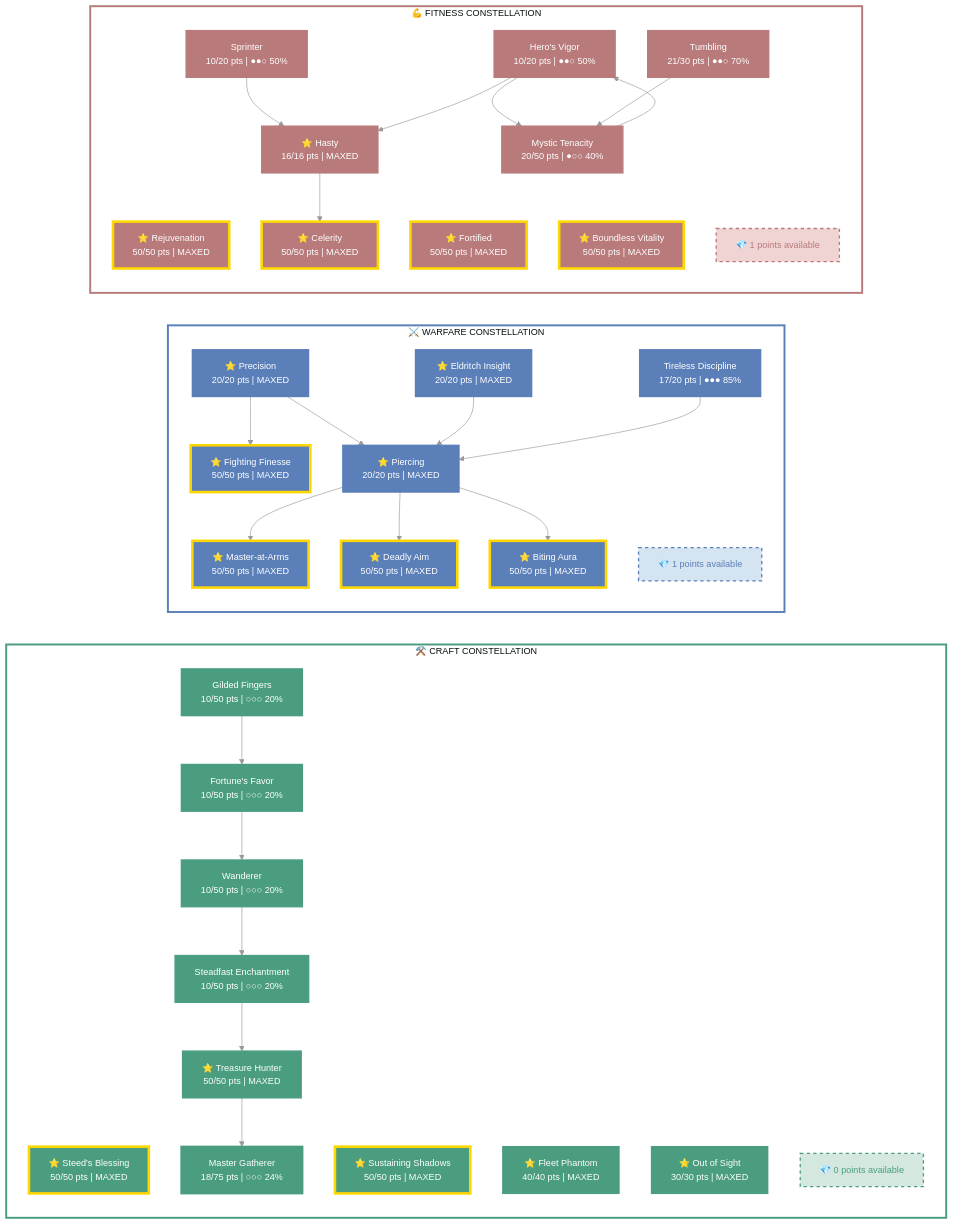
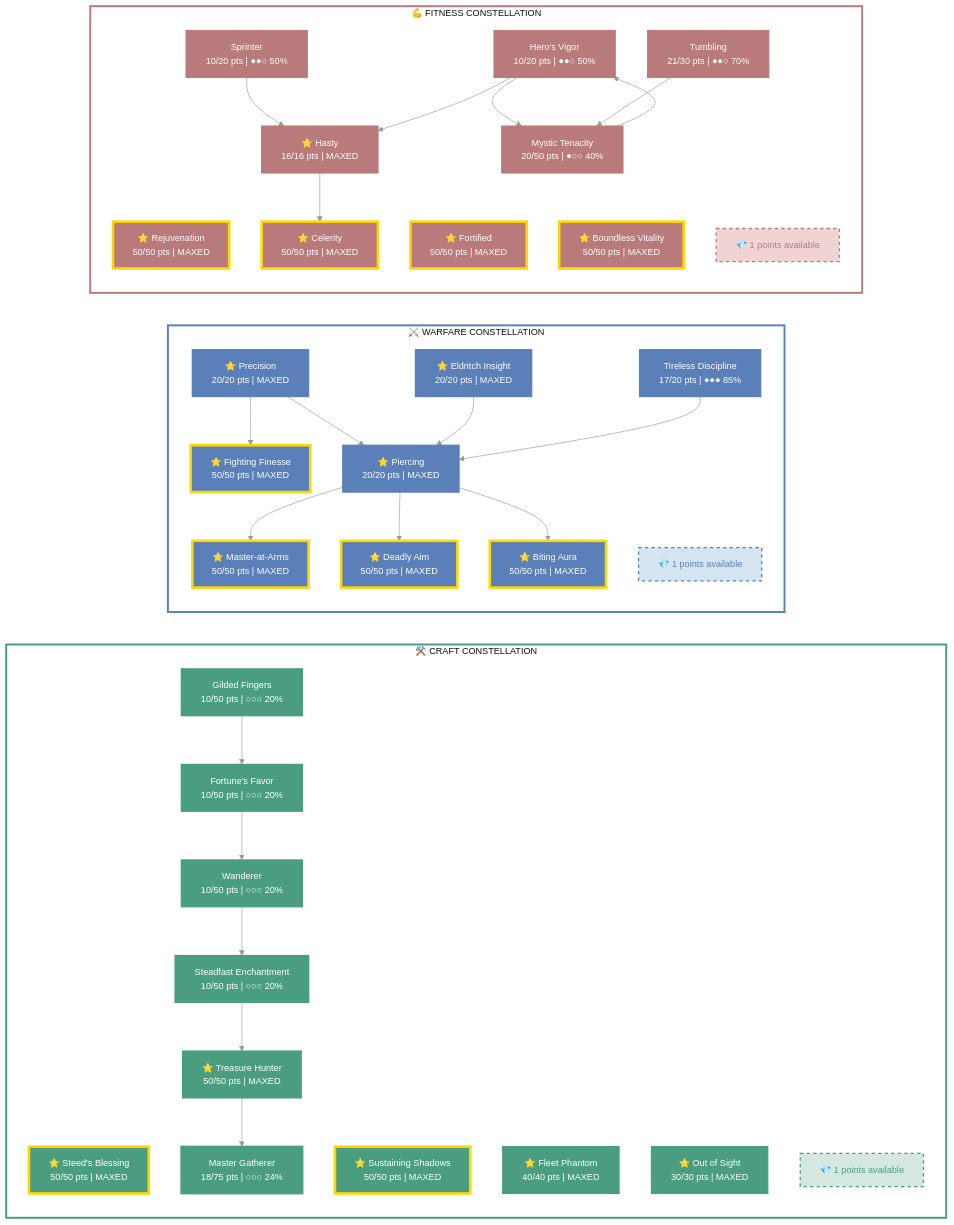
Before and after one commit to solaegis/CharacterMarkdown: the first of 2 diagrams in examples/Karakum.md, drawn with Mermaid. The commit also changed other lines of this file and 1 other file, not shown here.

Commit message:
feat(trim): add mermaid block blank line trimming

````diff
--- a/examples/Karakum.md
+++ b/examples/Karakum.md
@@ -388,7 +388,7 @@
     C_Wanderer --> C_SteadfastEnchantment
     C_FortunesFavor --> C_Wanderer
 
-    CRAFT_AVAIL["💎 0 points available"]
+    CRAFT_AVAIL["💎 1 points available"]
     style CRAFT_AVAIL fill:#d4e8df,stroke:#4a9d7f,stroke-width:2px,stroke-dasharray:5 5,color:#4a9d7f
 
   end
@@ -474,5 +474,4 @@
   %% ========================================
   %% END OF MAIN DIAGRAM
   %% ========================================
-
 ```
````
